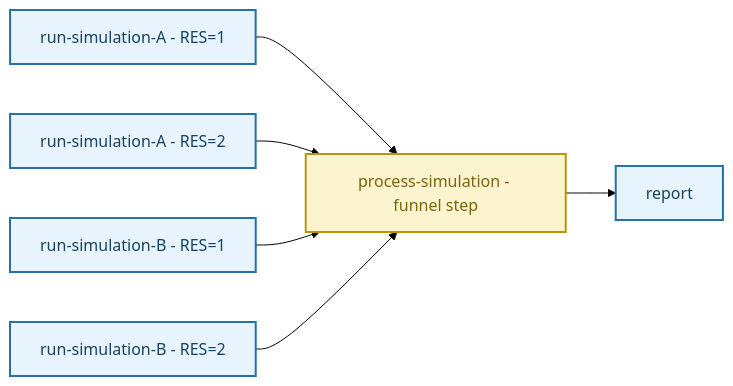
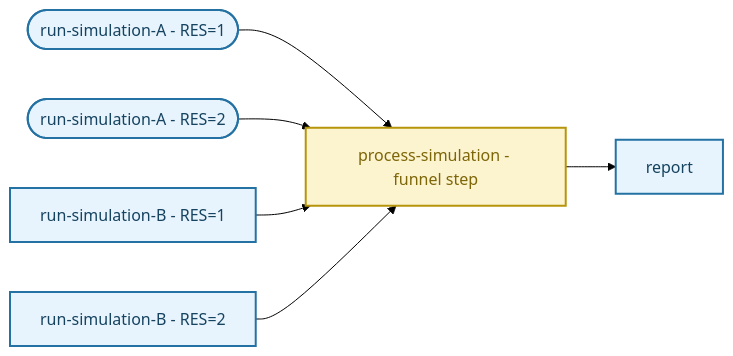
Before and after one commit to LLNL/maestrowf: the first of 4 diagrams in docs/Maestro/meps/mep-004-step-dependency-execution-policy.md, drawn with Mermaid (forest theme). The commit also changed other lines of this file, not shown here.

````diff
--- a/docs/Maestro/meps/mep-004-step-dependency-execution-policy.md
+++ b/docs/Maestro/meps/mep-004-step-dependency-execution-policy.md
@@ -230,22 +230,22 @@
 ```mermaid
 flowchart LR
-    A1["run-simulation-A - RES=1"]
-    A2["run-simulation-A - RES=2"]
+    A1(["run-simulation-A - RES=1"])
+    A2(["run-simulation-A - RES=2"])
     B1["run-simulation-B - RES=1"]
     B2["run-simulation-B - RES=2"]
     P["process-simulation - funnel step"]
     R["report"]
 
     A1 --> P
     A2 --> P
     B1 --> P
     B2 --> P
     P --> R
 
     classDef simulation fill:#e8f4fd,stroke:#2471a3,color:#154360,stroke-width:2px
     classDef process fill:#fcf3cf,stroke:#b7950b,color:#7d6608,stroke-width:2px
 
     class A1,A2,B1,B2 simulation
     class P process
     class R simulation
 ```
````
